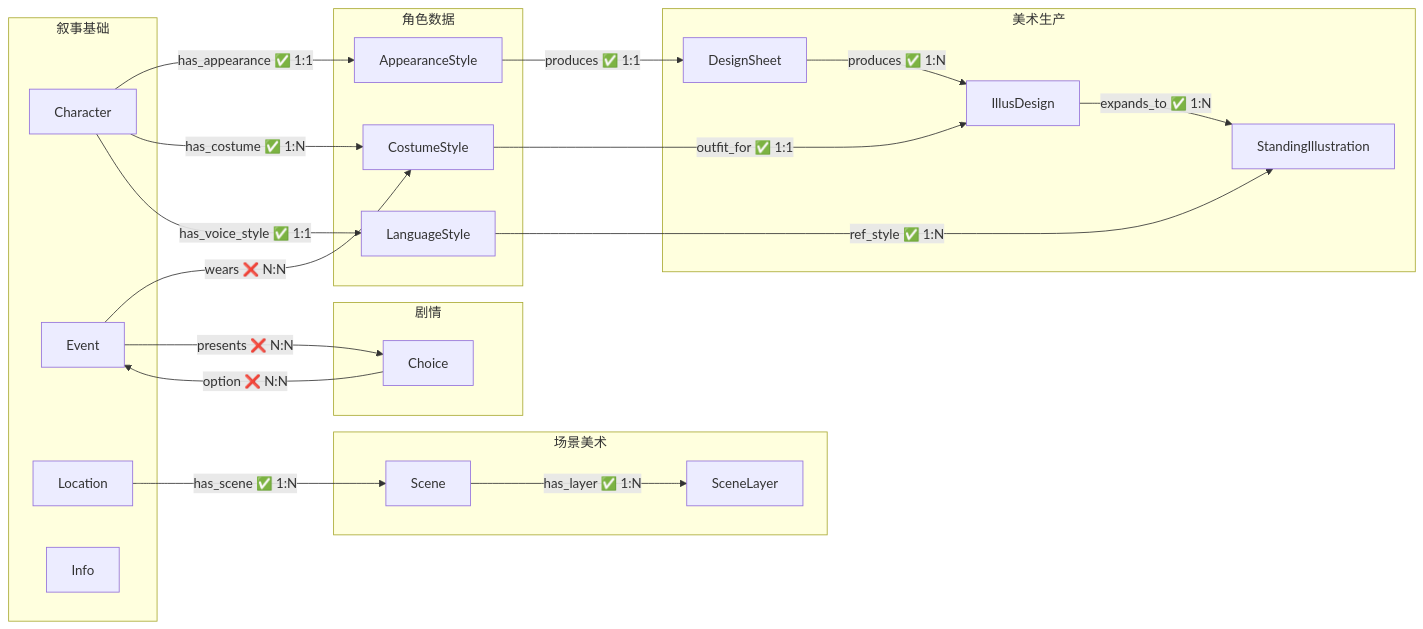
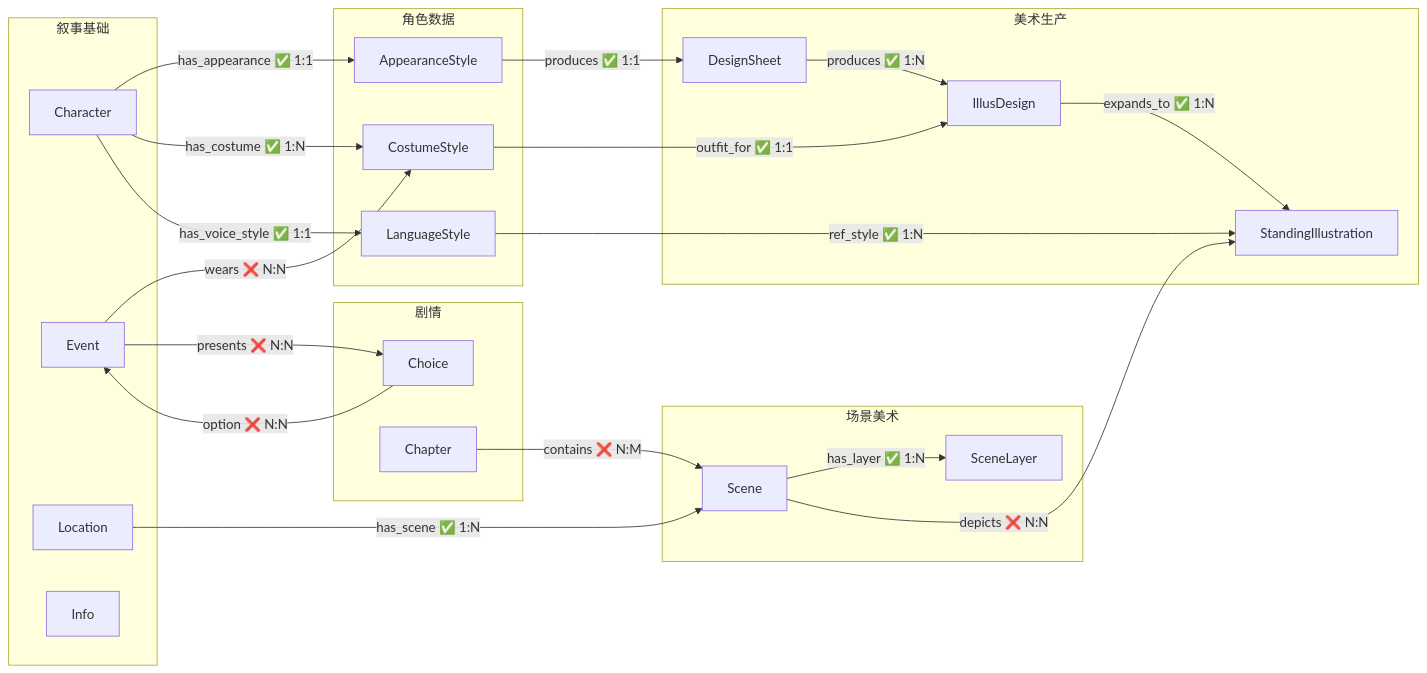
The diagram in 00_init/Schema总览.md (CrazyJinn/OtheredGlass), drawn with Mermaid before and after one commit. The commit also changed other lines of this file and 84 other files, not shown here.

````diff
--- a/00_init/Schema总览.md
+++ b/00_init/Schema总览.md
@@ -85,44 +88,47 @@
 ```mermaid
 flowchart LR
     subgraph 叙事["叙事基础"]
         Character["Character"]
         Event["Event"]
         Location["Location"]
         Info["Info"]
     end
 
     subgraph 角色数据["角色数据"]
         Appearance["AppearanceStyle"]
         Costume["CostumeStyle"]
         Language["LanguageStyle"]
     end
 
     subgraph 美术生产["美术生产"]
         DesignSheet["DesignSheet"]
         IllusDesign["IllusDesign"]
         StandingIllus["StandingIllustration"]
     end
 
     subgraph 场景美术["场景美术"]
         Scene["Scene"]
         SceneLayer["SceneLayer"]
     end
 
     subgraph 剧情["剧情"]
         Choice["Choice"]
+        Chapter["Chapter"]
     end
 
     Character -->|"has_appearance ✅ 1:1"| Appearance
     Character -->|"has_costume ✅ 1:N"| Costume
     Character -->|"has_voice_style ✅ 1:1"| Language
     Appearance -->|"produces ✅ 1:1"| DesignSheet
     Costume -->|"outfit_for ✅ 1:1"| IllusDesign
     DesignSheet -->|"produces ✅ 1:N"| IllusDesign
     Event -->|"wears ❌ N:N"| Costume
     Event -->|"presents ❌ N:N"| Choice
     Choice -->|"option ❌ N:N"| Event
     IllusDesign -->|"expands_to ✅ 1:N"| StandingIllus
     Language -->|"ref_style ✅ 1:N"| StandingIllus
     Location -->|"has_scene ✅ 1:N"| Scene
     Scene -->|"has_layer ✅ 1:N"| SceneLayer
+    Chapter -->|"contains ❌ N:M"| Scene
+    Scene -->|"depicts ❌ N:N"| StandingIllus
 ```
````
